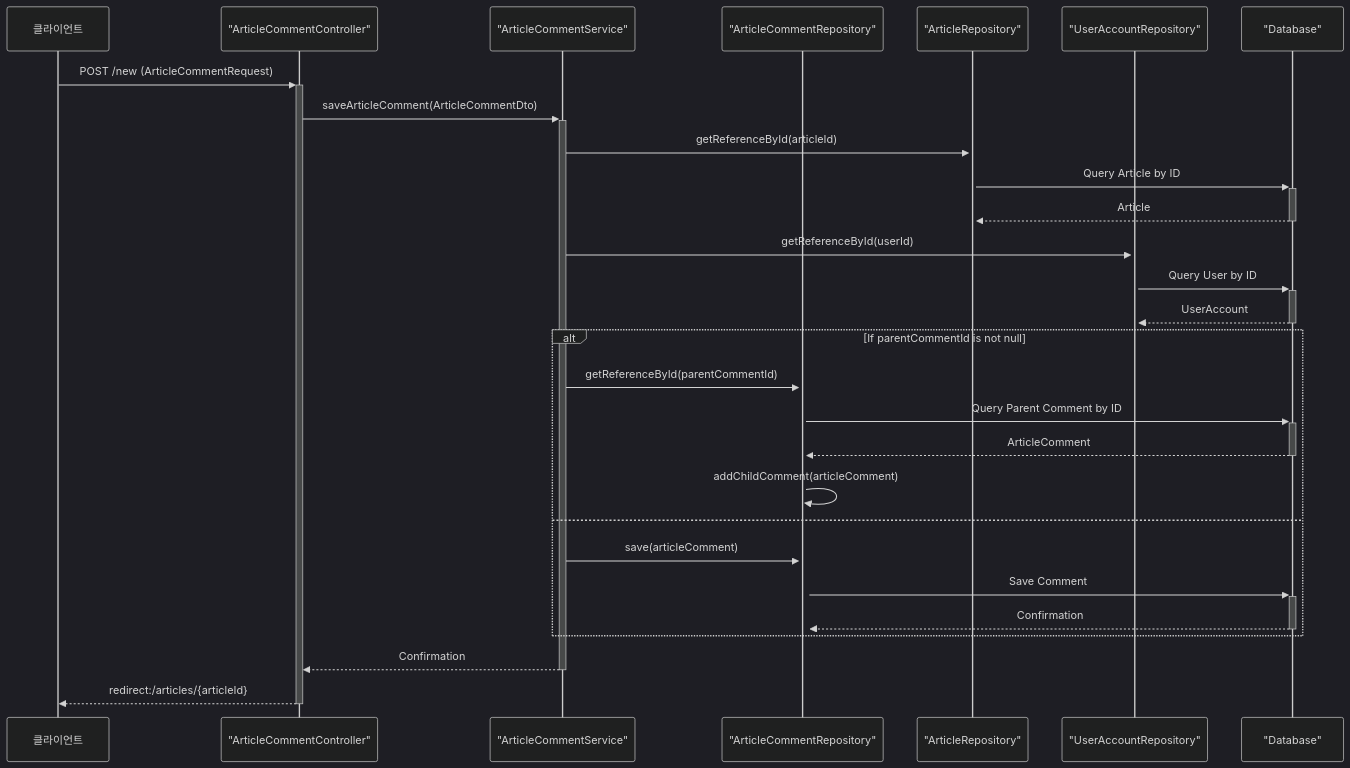
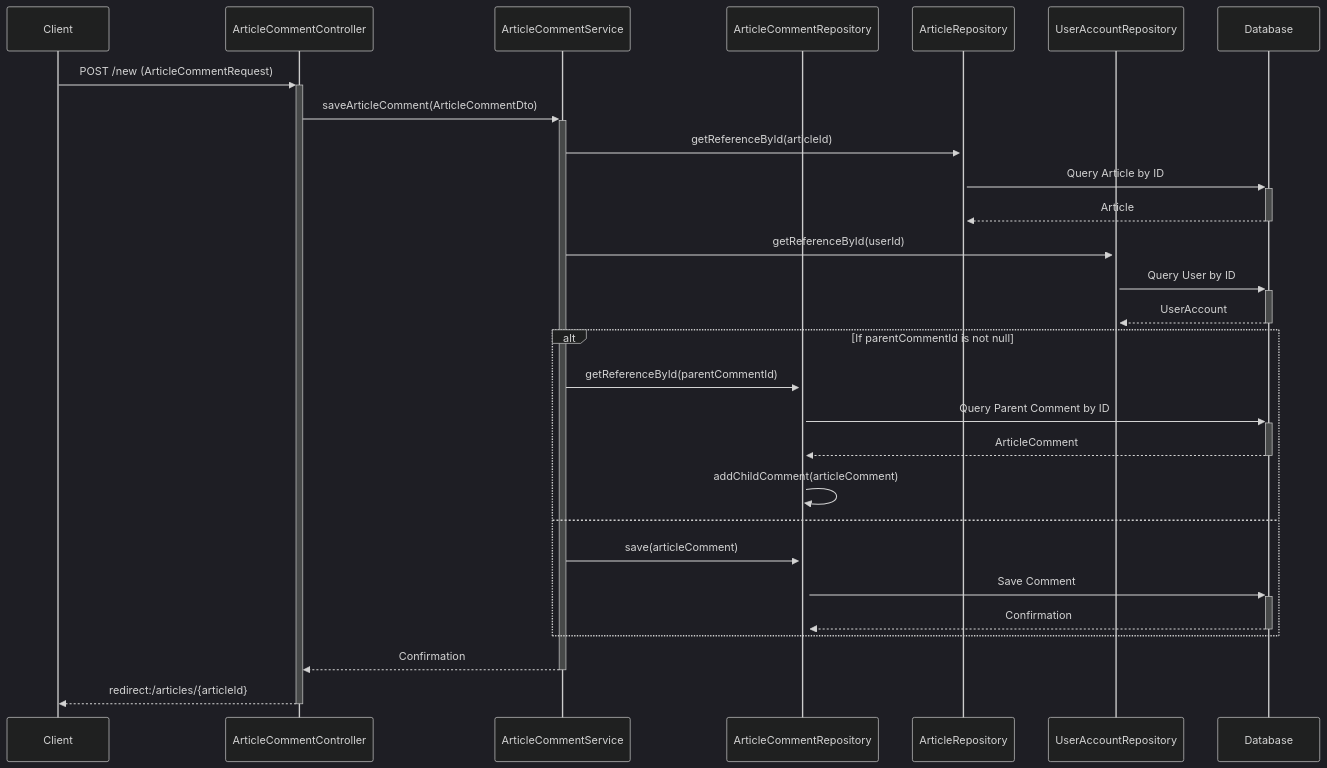
Before and after one commit to flyingRKO/study-project: the eighth of 9 diagrams in README.md, drawn with Mermaid (dark theme). The commit also changed other lines of this file, not shown here.

````diff
--- a/README.md
+++ b/README.md
@@ -256,31 +246,31 @@
 ```mermaid
 sequenceDiagram
-    participant 클라이언트
-    participant 아티클코멘트컨트롤러 as "ArticleCommentController"
-    participant 아티클코멘트서비스 as "ArticleCommentService"
-    participant 아티클코멘트리포지토리 as "ArticleCommentRepository"
-    participant 아티클리포지토리 as "ArticleRepository"
-    participant 유저어카운트리포지토리 as "UserAccountRepository"
-    participant 데이터베이스 as "Database"
+    participant 클라이언트 as Client
+    participant 아티클코멘트컨트롤러 as ArticleCommentController
+    participant 아티클코멘트서비스 as ArticleCommentService
+    participant 아티클코멘트리포지토리 as ArticleCommentRepository
+    participant 아티클리포지토리 as ArticleRepository
+    participant 유저어카운트리포지토리 as UserAccountRepository
+    participant 데이터베이스 as Database
 
     클라이언트->>+아티클코멘트컨트롤러: POST /new (ArticleCommentRequest)
     아티클코멘트컨트롤러->>+아티클코멘트서비스: saveArticleComment(ArticleCommentDto)
     아티클코멘트서비스->>+아티클리포지토리: getReferenceById(articleId)
     아티클리포지토리->>+데이터베이스: Query Article by ID
     데이터베이스-->>-아티클리포지토리: Article
     아티클코멘트서비스->>+유저어카운트리포지토리: getReferenceById(userId)
     유저어카운트리포지토리->>+데이터베이스: Query User by ID
     데이터베이스-->>-유저어카운트리포지토리: UserAccount
     alt If parentCommentId is not null
         아티클코멘트서비스->>+아티클코멘트리포지토리: getReferenceById(parentCommentId)
         아티클코멘트리포지토리->>+데이터베이스: Query Parent Comment by ID
         데이터베이스-->>-아티클코멘트리포지토리: ArticleComment
         아티클코멘트리포지토리->>아티클코멘트리포지토리: addChildComment(articleComment)
     else
         아티클코멘트서비스->>+아티클코멘트리포지토리: save(articleComment)
         아티클코멘트리포지토리->>+데이터베이스: Save Comment
         데이터베이스-->>-아티클코멘트리포지토리: Confirmation
     end
     아티클코멘트서비스-->>-아티클코멘트컨트롤러: Confirmation
     아티클코멘트컨트롤러-->>-클라이언트: redirect:/articles/{articleId}
 ```
````
